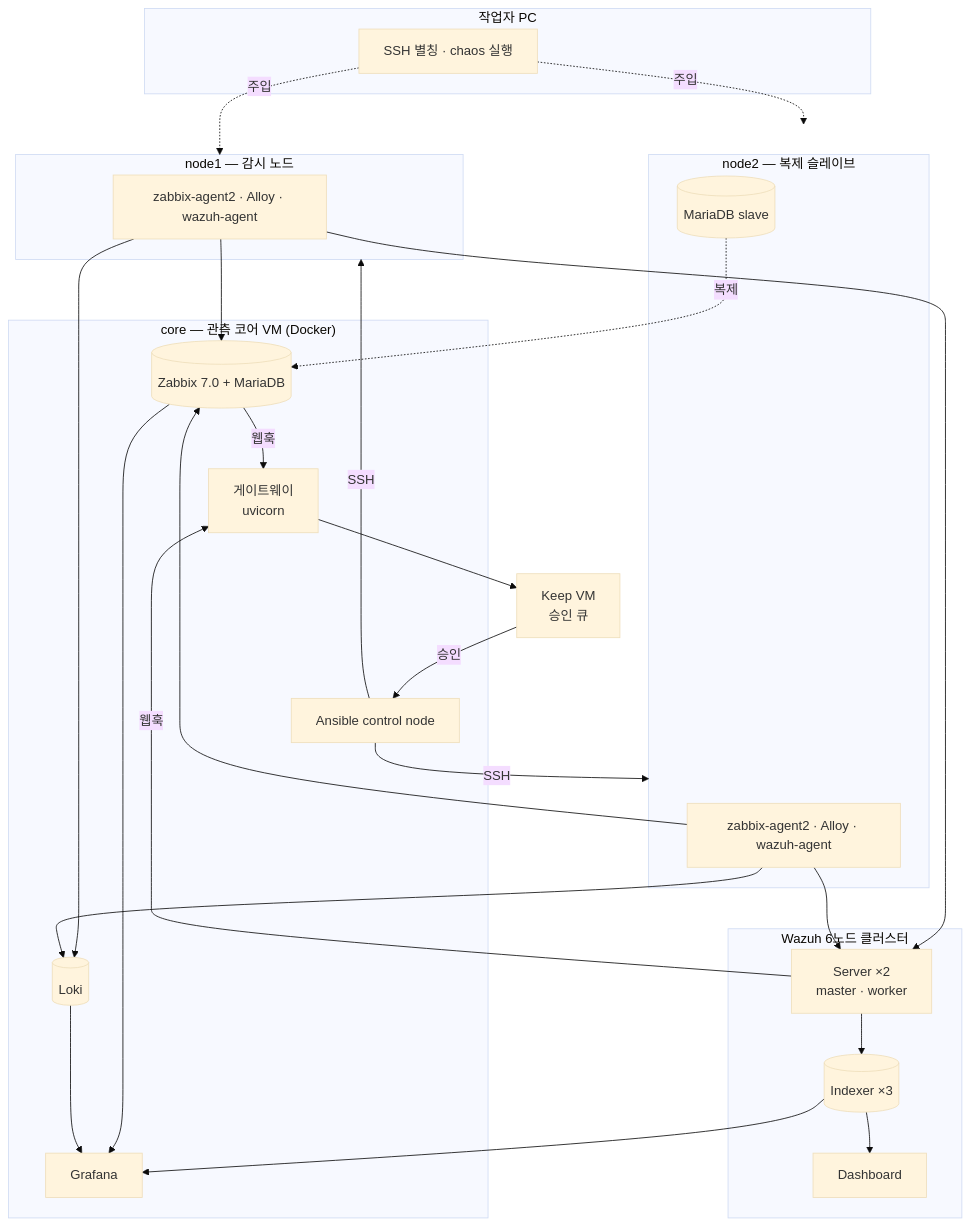
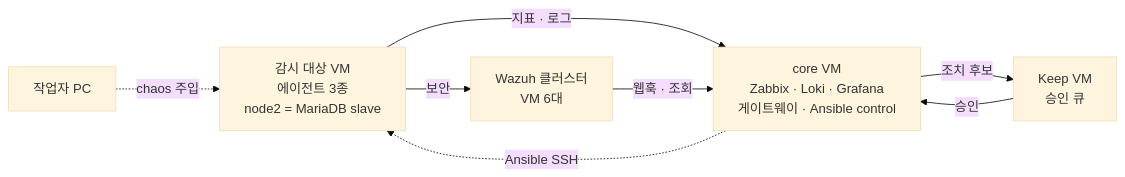
The first of 2 diagrams in docs/00-architecture.md (swoo0514/kinx-idc-monitoring-poc), drawn with Mermaid (base theme) before and after one commit. The commit also changed other lines of this file and 2 other files, not shown here.

First line of the commit message:
docs(architecture): 전체 구조 그림을 문서에 넣고, 깨져 있던 토폴로지 머메이드를 고친다

````diff
--- a/docs/00-architecture.md
+++ b/docs/00-architecture.md
@@ -8,38 +41,16 @@
 ```mermaid
-flowchart TB
-    subgraph W["작업자 PC"]
-      W1[SSH 별칭 · chaos 실행]
-    end
-    subgraph CORE["core — 관측 코어 VM (Docker)"]
-      Z[(Zabbix 7.0 + MariaDB)]
-      L[(Loki)]
-      G[Grafana]
-      B[게이트웨이<br/>uvicorn]
-      A[Ansible control node]
-    end
-    subgraph N1["node1 — 감시 노드"]
-      N1A[zabbix-agent2 · Alloy · wazuh-agent]
-    end
-    subgraph N2["node2 — 복제 슬레이브"]
-      N2A[zabbix-agent2 · Alloy · wazuh-agent]
-      N2D[(MariaDB slave)]
-    end
-    subgraph WZ["Wazuh 6노드 클러스터"]
-      WI[(Indexer ×3)]
-      WM[Server ×2<br/>master · worker]
-      WD[Dashboard]
-    end
-    K[Keep VM<br/>승인 큐]
+flowchart LR
+    W["작업자 PC"]
+    T["감시 대상 VM<br/>에이전트 3종<br/>node2 = MariaDB slave"]
+    C["core VM<br/>Zabbix · Loki · Grafana<br/>게이트웨이 · Ansible control"]
+    WZ["Wazuh 클러스터<br/>VM 6대"]
+    K["Keep VM<br/>승인 큐"]
 
-    N1A --> Z & L & WM
-    N2A --> Z & L & WM
-    N2D -.복제.-> Z
-    WM --> WI --> WD
-    Z & L & WI --> G
-    Z -- 웹훅 --> B
-    WM -- 웹훅 --> B
-    B --> K
-    K -- 승인 --> A
-    A -- SSH --> N1 & N2
-    W1 -.주입.-> N1 & N2
+    W -. chaos 주입 .-> T
+    T -- 지표 · 로그 --> C
+    T -- 보안 --> WZ
+    WZ -- 웹훅 · 조회 --> C
+    C -- 조치 후보 --> K
+    K -- 승인 --> C
+    C -. Ansible SSH .-> T
 ```
````
